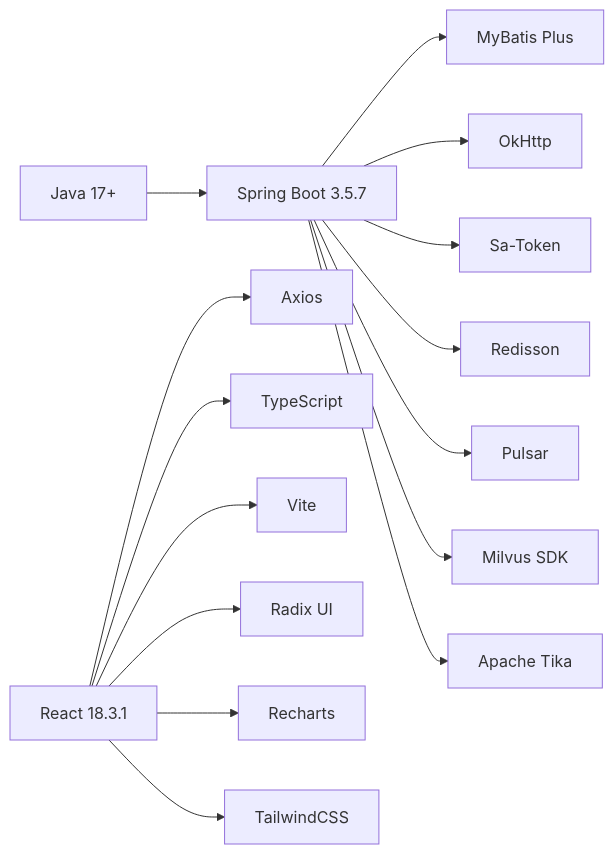
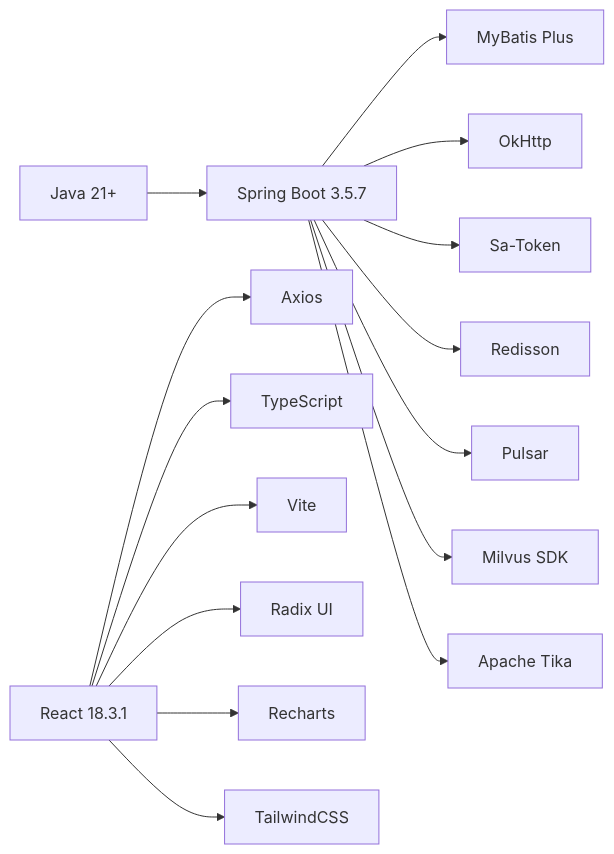
The eighth of 8 diagrams in docs/zh/content/项目概述.md (onceMisery/seahorse-agent), drawn with Mermaid before and after one commit. The commit also changed other lines of this file and 11 other files, not shown here.

````diff
--- a/docs/zh/content/项目概述.md
+++ b/docs/zh/content/项目概述.md
@@ -306,17 +306,17 @@
 ```mermaid
 graph LR
-JAVA["Java 17+"] --> SB["Spring Boot 3.5.7"]
+JAVA["Java 21+"] --> SB["Spring Boot 3.5.7"]
 SB --> MP["MyBatis Plus"]
 SB --> OK["OkHttp"]
 SB --> ST["Sa-Token"]
 SB --> RS["Redisson"]
 SB --> PS["Pulsar"]
 SB --> MK["Milvus SDK"]
 SB --> TK["Apache Tika"]
 REACT["React 18.3.1"] --> AX["Axios"]
 REACT --> TS["TypeScript"]
 REACT --> VITE["Vite"]
 REACT --> RADIX["Radix UI"]
 REACT --> CHARTS["Recharts"]
 REACT --> TAILWIND["TailwindCSS"]
 ```
````
